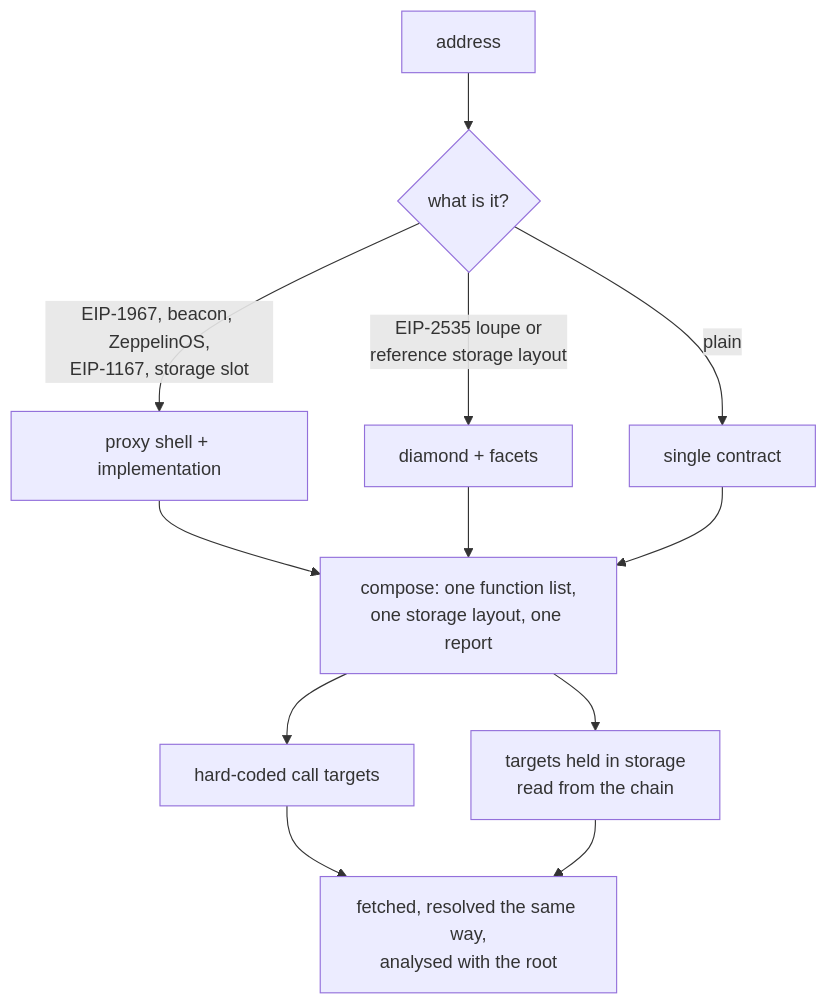
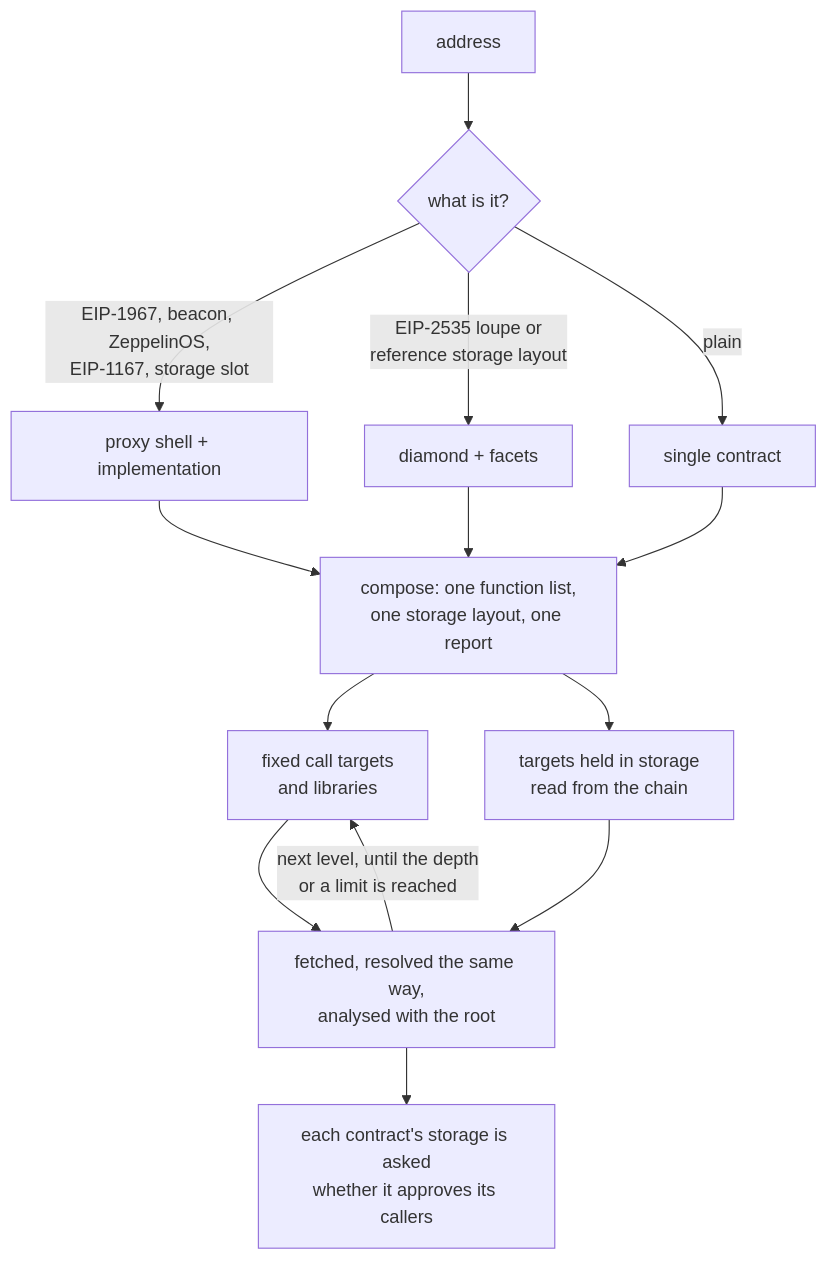
One commit to rink3y/Evmdec changed the second of 2 diagrams in README.md. Above: the diagram before and after it, drawn with Mermaid. The commit also changed other lines of this file and 11 other files, not shown here.

First line of the commit message:
Walk the call graph level by level and ask each callee whom it approves

````diff
--- a/README.md
+++ b/README.md
@@ -98,14 +98,16 @@
 ```mermaid
 flowchart TD
     A[address] --> B{what is it?}
     B -->|EIP-1967, beacon, ZeppelinOS,<br/>EIP-1167, storage slot| C[proxy shell + implementation]
     B -->|EIP-2535 loupe or<br/>reference storage layout| D[diamond + facets]
     B -->|plain| E[single contract]
     C --> F[compose: one function list,<br/>one storage layout, one report]
     D --> F
     E --> F
-    F --> G[hard-coded call targets]
+    F --> G[fixed call targets<br/>and libraries]
     F --> H[targets held in storage<br/>read from the chain]
     G --> I[fetched, resolved the same way,<br/>analysed with the root]
     H --> I
+    I -->|next level, until the depth<br/>or a limit is reached| G
+    I --> J[each contract's storage is asked<br/>whether it approves its callers]
 ```
````
